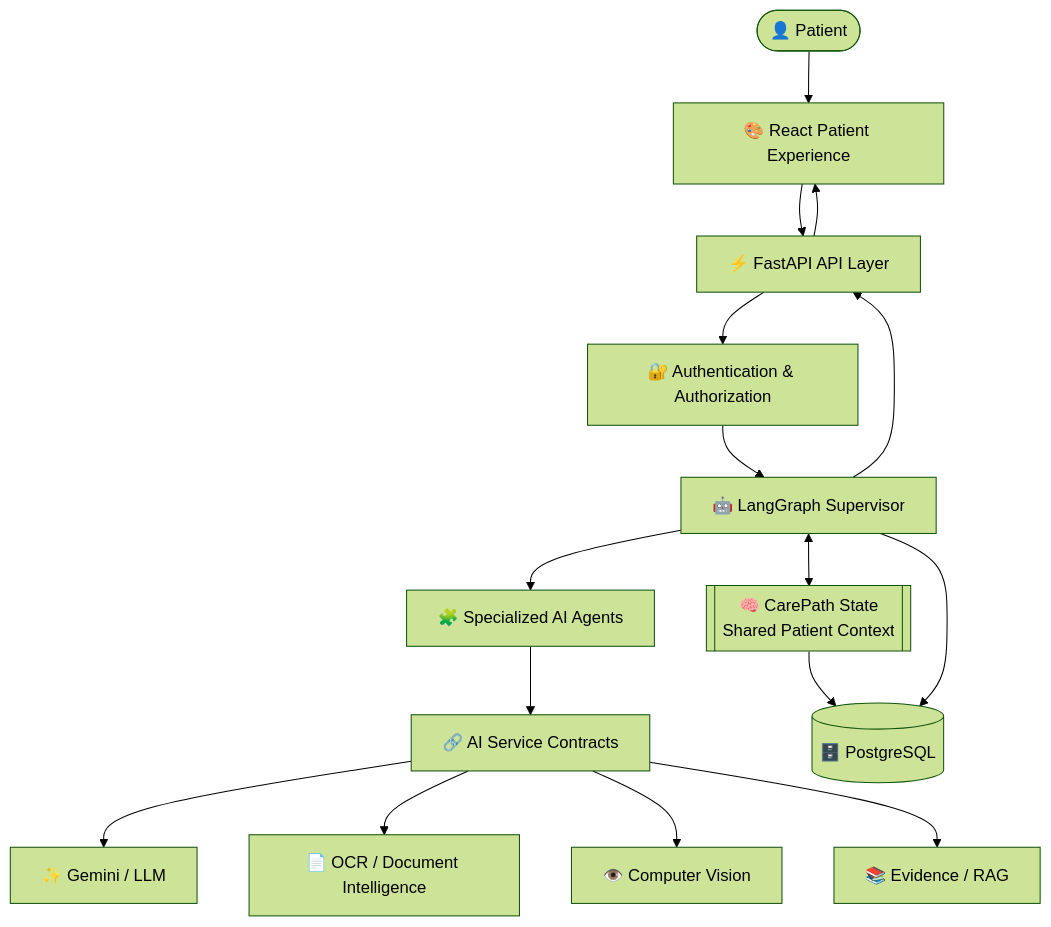
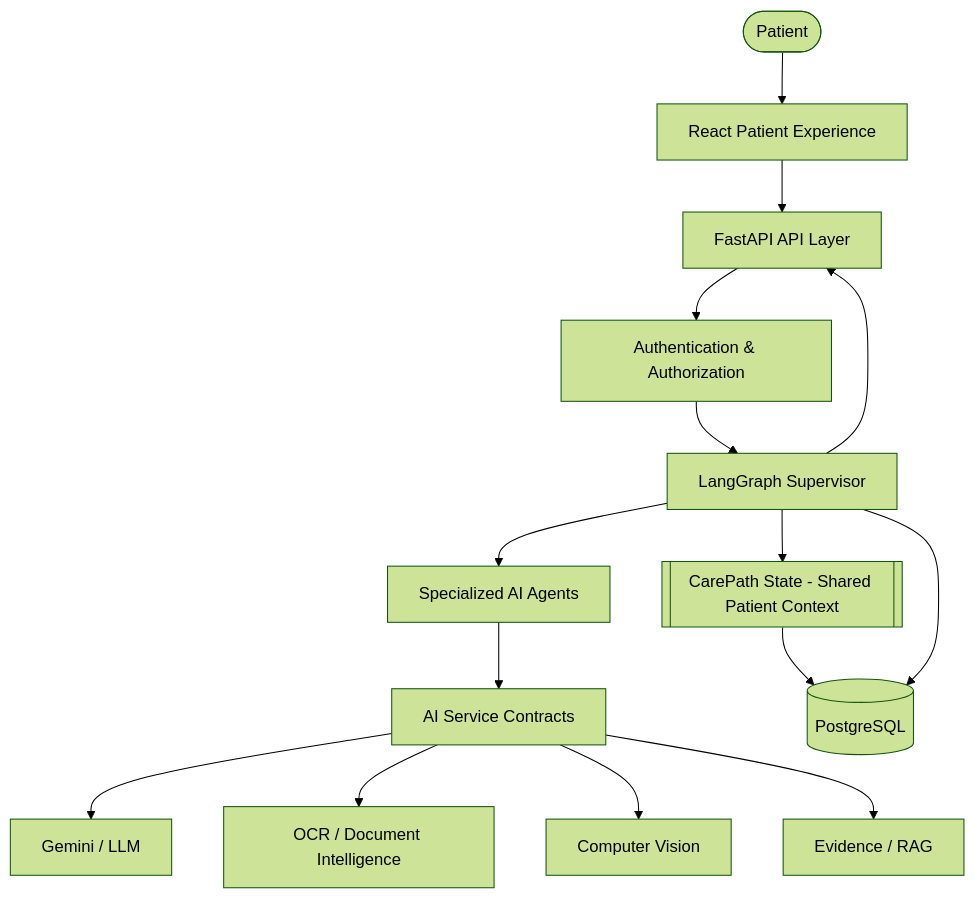
Before and after one commit to IlIGODIlI/CarePath-AI: the first of 16 diagrams in README.md, drawn with Mermaid (forest theme). The commit also changed other lines of this file, not shown here.

````diff
--- a/README.md
+++ b/README.md
@@ -99,48 +158,47 @@
 ```mermaid
 flowchart TD
 
-    PATIENT(["👤 Patient"])
+ PATIENT(["Patient"])
 
-    UI["🎨 React Patient Experience"]
+ UI["React Patient Experience"]
 
-    API["⚡ FastAPI API Layer"]
+ API["FastAPI API Layer"]
 
-    AUTH["🔐 Authentication & Authorization"]
+ AUTH["Authentication & Authorization"]
 
-    SUP["🤖 LangGraph Supervisor"]
+ SUP["LangGraph Supervisor"]
 
-    STATE[["🧠 CarePath State<br/>Shared Patient Context"]]
+ STATE[["CarePath State - Shared Patient Context"]]
 
-    AGENTS["🧩 Specialized AI Agents"]
+ AGENTS["Specialized AI Agents"]
 
-    SERVICES["🔗 AI Service Contracts"]
+ SERVICES["AI Service Contracts"]
 
-    GEMINI["✨ Gemini / LLM"]
-    OCR["📄 OCR / Document Intelligence"]
-    VISION["👁️ Computer Vision"]
-    RAG["📚 Evidence / RAG"]
+ GEMINI["Gemini / LLM"]
+ OCR["OCR / Document Intelligence"]
+ VISION["Computer Vision"]
+ RAG["Evidence / RAG"]
 
-    DB[("🗄️ PostgreSQL")]
+ DB[("PostgreSQL")]
 
-    PATIENT --> UI
-    UI --> API
-    API --> AUTH
-    AUTH --> SUP
+ PATIENT --> UI
+ UI --> API
+ API --> AUTH
+ AUTH --> SUP
 
-    SUP <--> STATE
-    SUP --> AGENTS
+ SUP --> STATE
+ SUP --> AGENTS
 
-    AGENTS --> SERVICES
+ AGENTS --> SERVICES
 
-    SERVICES --> GEMINI
-    SERVICES --> OCR
-    SERVICES --> VISION
-    SERVICES --> RAG
+ SERVICES --> GEMINI
+ SERVICES --> OCR
+ SERVICES --> VISION
+ SERVICES --> RAG
 
-    STATE --> DB
+ STATE --> DB
 
-    SUP --> DB
+ SUP --> DB
 
-    SUP --> API
-    API --> UI
+ SUP --> API
 ```
````
